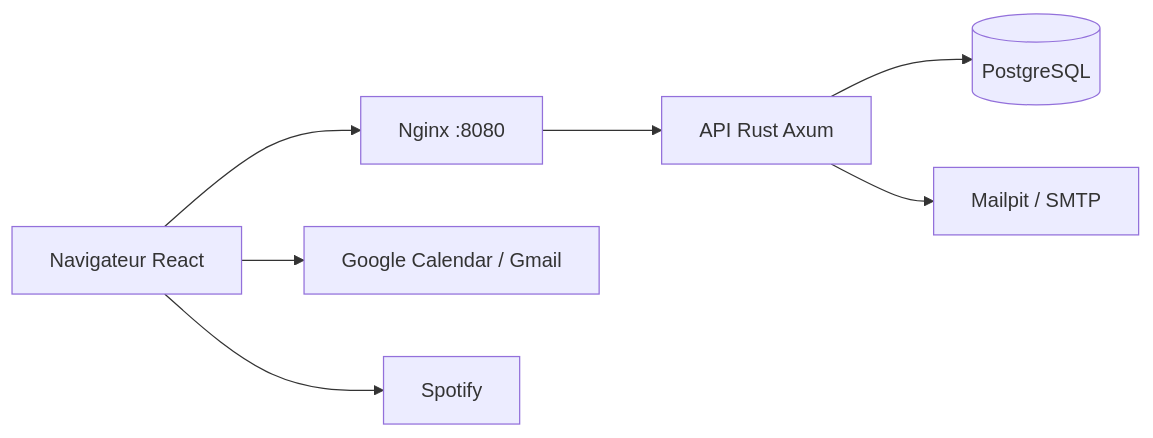
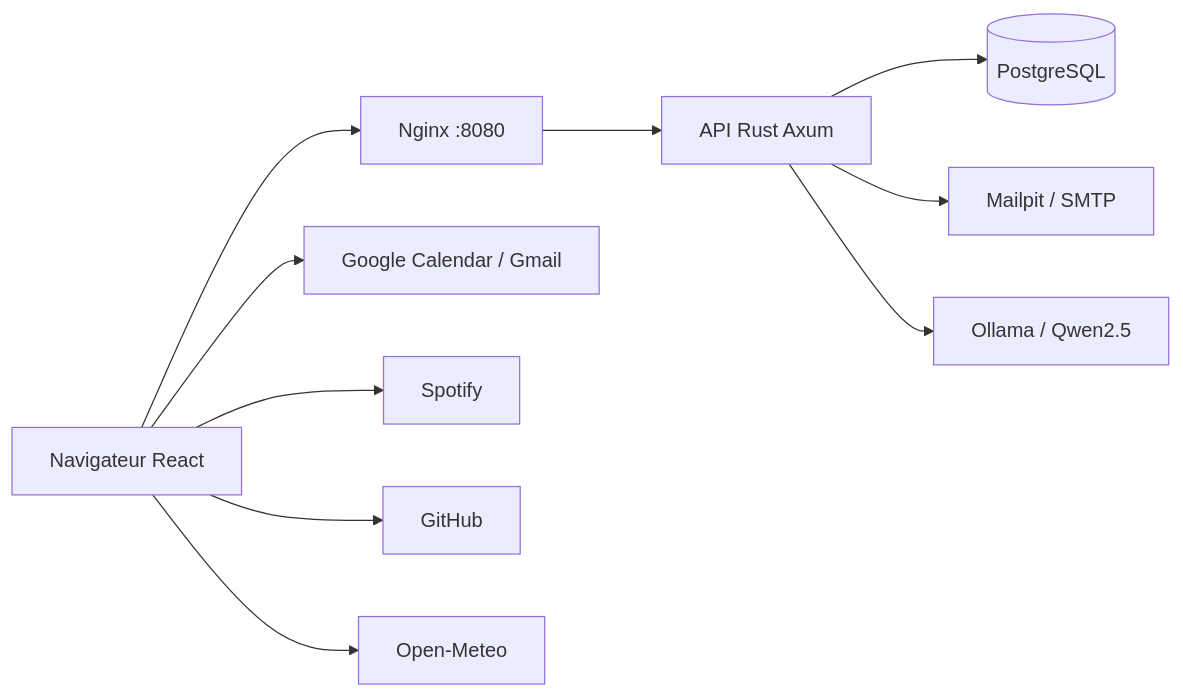
The diagram in README.md (Origanire/lumi-dashboard), drawn with Mermaid before and after one commit. The commit also changed other lines of this file, not shown here.

````diff
--- a/README.md
+++ b/README.md
@@ -180,9 +180,12 @@
 ```mermaid
 flowchart LR
   B[Navigateur React] --> N[Nginx :8080]
   N --> A[API Rust Axum]
   A --> P[(PostgreSQL)]
   A --> M[Mailpit / SMTP]
   B --> G[Google Calendar / Gmail]
   B --> S[Spotify]
+  B --> GH[GitHub]
+  B --> W[Open-Meteo]
+  A --> O[Ollama / Qwen2.5]
 ```
````
